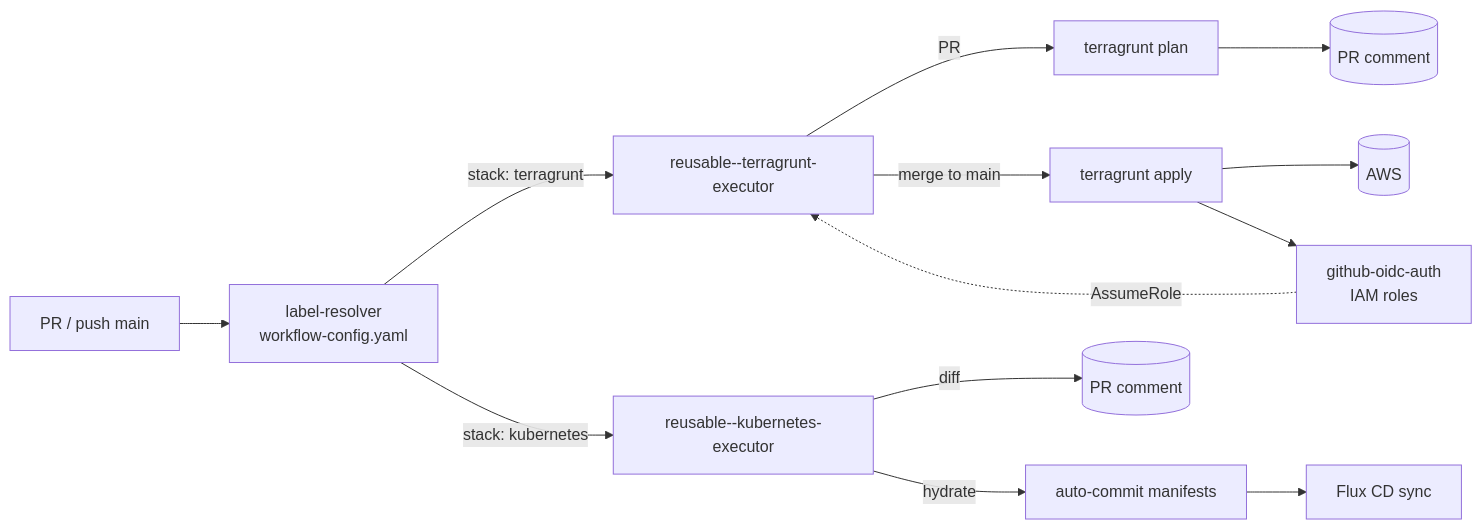
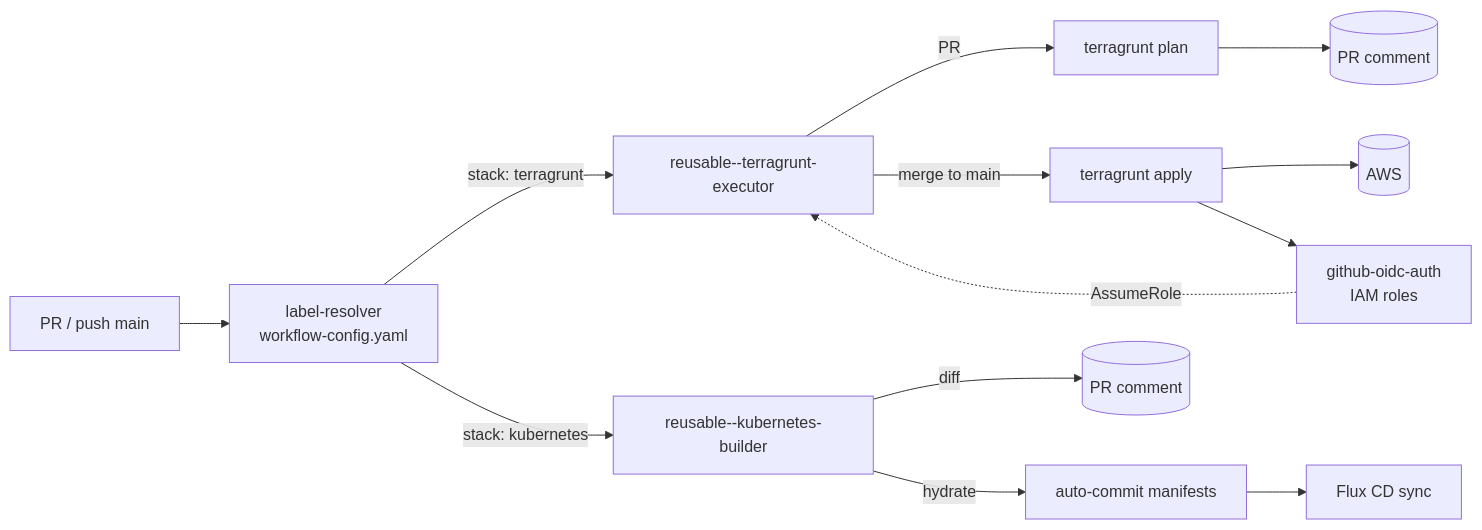
Before and after one commit to panicboat/platform: the diagram in README.md, drawn with Mermaid. The commit also changed other lines of this file and 5 other files, not shown here.

First line of the commit message:
refactor(workflows): rename kubernetes-executor to kubernetes-builder

````diff
--- a/README.md
+++ b/README.md
@@ -55,15 +55,15 @@
 ```mermaid
 flowchart LR
   Trigger[PR / push main] --> Resolver[label-resolver<br/>workflow-config.yaml]
   Resolver -->|stack: terragrunt| TG[reusable--terragrunt-executor]
   TG -->|PR| Plan[terragrunt plan]
   TG -->|merge to main| Apply[terragrunt apply]
   Plan --> PRComment[(PR comment)]
   Apply --> AWS[(AWS)]
   Apply --> OIDC[github-oidc-auth<br/>IAM roles]
   OIDC -.->|AssumeRole| TG
-  Resolver -->|stack: kubernetes| K8s[reusable--kubernetes-executor]
+  Resolver -->|stack: kubernetes| K8s[reusable--kubernetes-builder]
   K8s -->|hydrate| Commit[auto-commit manifests]
   K8s -->|diff| K8sComment[(PR comment)]
   Commit --> FluxCD[Flux CD sync]
 ```
````
